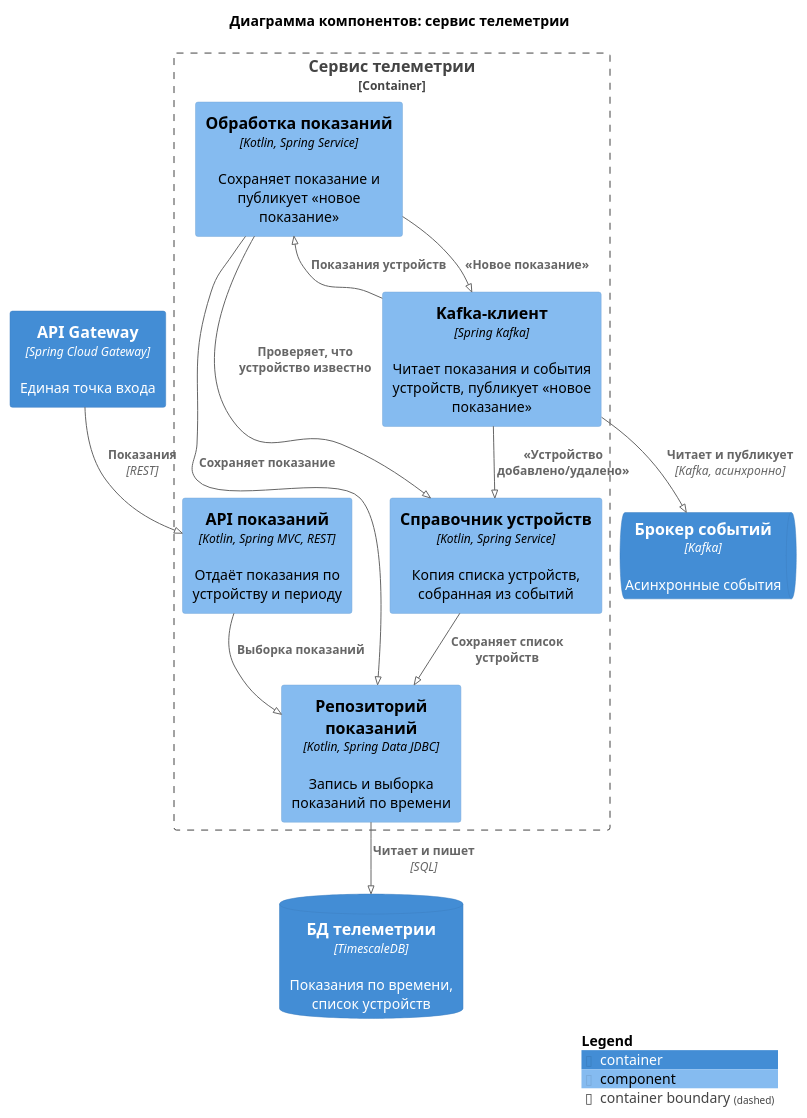
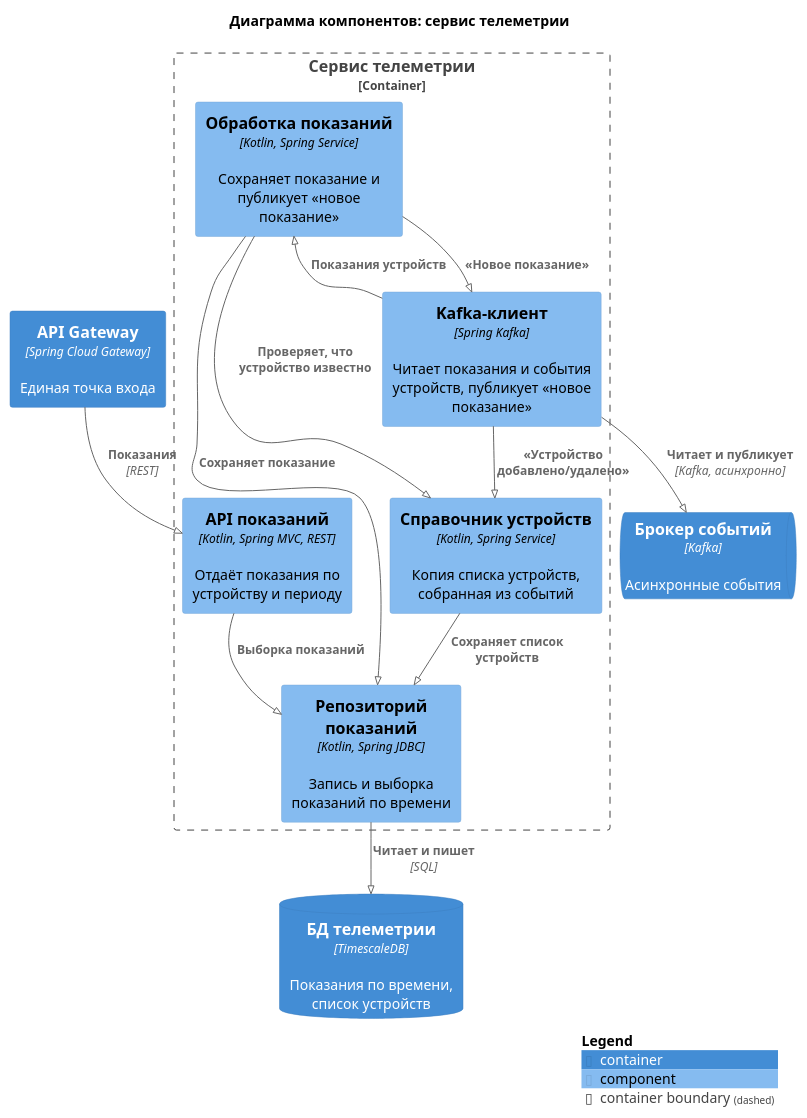
The diagram in schemas/components-telemetry.puml (varshavsky64/architecture-pro-warmhouse), drawn with PlantUML before and after one commit. The commit also changed 2 other files, not shown here.

```diff
--- a/schemas/components-telemetry.puml
+++ b/schemas/components-telemetry.puml
@@ -1,32 +1,32 @@
 @startuml
 ' встроенная раскладка: диаграмма рисуется без установленного Graphviz
 !pragma layout smetana
 !include <C4/C4_Component>
 
 title Диаграмма компонентов: сервис телеметрии
 
 Container(gateway, "API Gateway", "Spring Cloud Gateway", "Единая точка входа")
 ContainerDb(telemetryDb, "БД телеметрии", "TimescaleDB", "Показания по времени, список устройств")
 ContainerQueue(kafka, "Брокер событий", "Kafka", "Асинхронные события")
 
 Container_Boundary(svc, "Сервис телеметрии") {
   Component(api, "API показаний", "Kotlin, Spring MVC, REST", "Отдаёт показания по устройству и периоду")
   Component(processing, "Обработка показаний", "Kotlin, Spring Service", "Сохраняет показание и публикует «новое показание»")
   Component(registry, "Справочник устройств", "Kotlin, Spring Service", "Копия списка устройств, собранная из событий")
-  Component(repo, "Репозиторий показаний", "Kotlin, Spring Data JDBC", "Запись и выборка показаний по времени")
+  Component(repo, "Репозиторий показаний", "Kotlin, Spring JDBC", "Запись и выборка показаний по времени")
   Component(events, "Kafka-клиент", "Spring Kafka", "Читает показания и события устройств, публикует «новое показание»")
 }
 
 Rel(gateway, api, "Показания", "REST")
 Rel(api, repo, "Выборка показаний")
 Rel(events, processing, "Показания устройств")
 Rel(events, registry, "«Устройство добавлено/удалено»")
 Rel(processing, registry, "Проверяет, что устройство известно")
 Rel(processing, repo, "Сохраняет показание")
 Rel(registry, repo, "Сохраняет список устройств")
 Rel(processing, events, "«Новое показание»")
 Rel(repo, telemetryDb, "Читает и пишет", "SQL")
 Rel(events, kafka, "Читает и публикует", "Kafka, асинхронно")
 
 SHOW_LEGEND()
 @enduml
```
